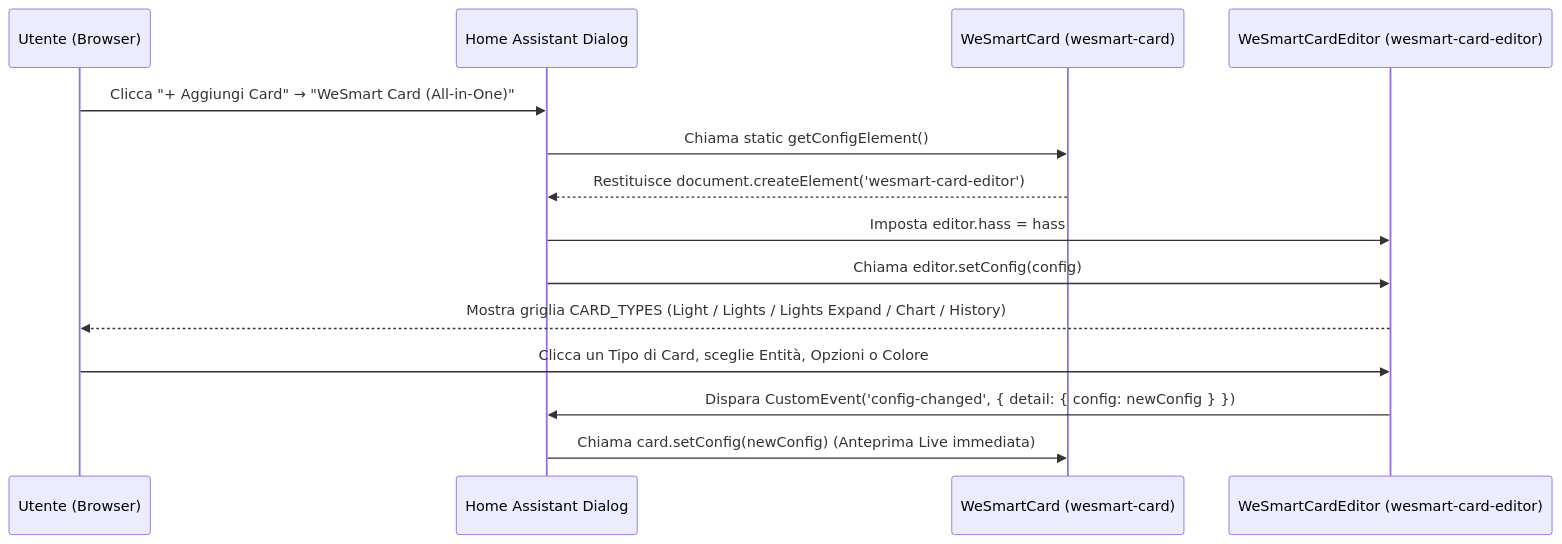
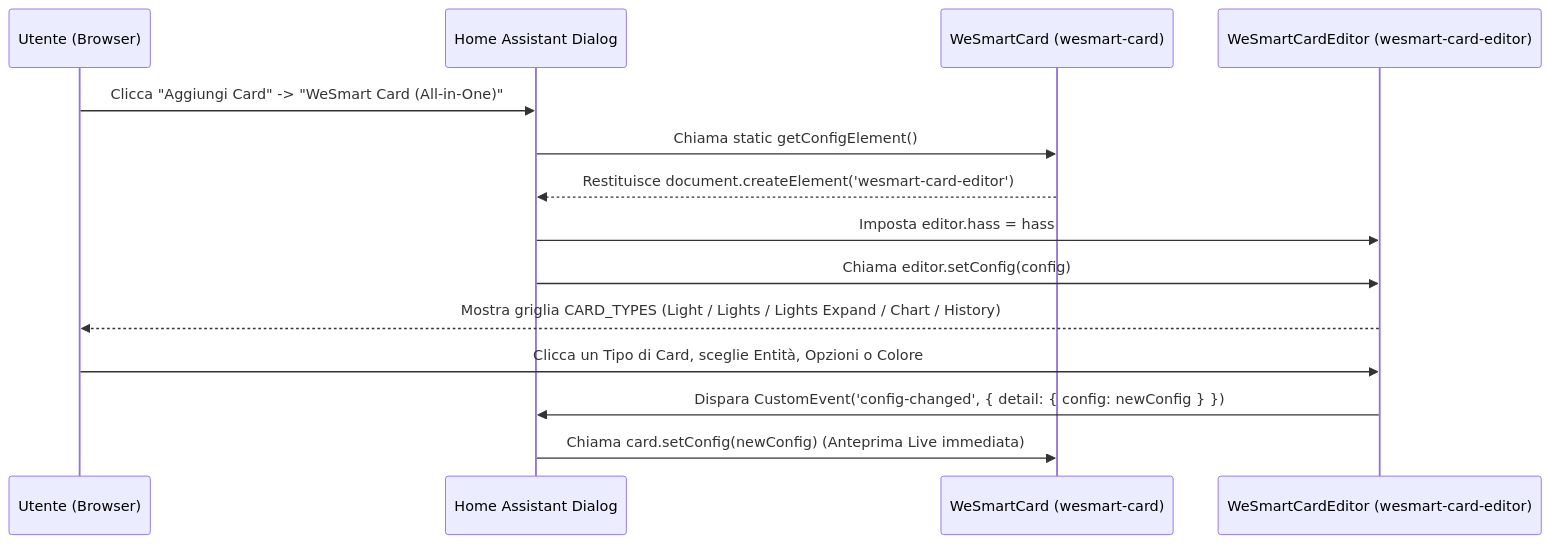
One commit to WeAreSmart-home/wesmart-original-custom-cards changed the diagram in WeSmart-Card/DOCUMENTATION.md. Above: the diagram before and after it, drawn with Mermaid. The commit also changed other lines of this file and 7 other files, not shown here.

````diff
--- a/WeSmart-Card/DOCUMENTATION.md
+++ b/WeSmart-Card/DOCUMENTATION.md
@@ -41,17 +48,17 @@
 ```mermaid
 sequenceDiagram
     participant User as Utente (Browser)
     participant HA as Home Assistant Dialog
     participant Card as WeSmartCard (wesmart-card)
     participant Editor as WeSmartCardEditor (wesmart-card-editor)
 
-    User->>HA: Clicca "+ Aggiungi Card" → "WeSmart Card (All-in-One)"
+    User->>HA: Clicca "Aggiungi Card" -> "WeSmart Card (All-in-One)"
     HA->>Card: Chiama static getConfigElement()
     Card-->>HA: Restituisce document.createElement('wesmart-card-editor')
     HA->>Editor: Imposta editor.hass = hass
     HA->>Editor: Chiama editor.setConfig(config)
     Editor-->>User: Mostra griglia CARD_TYPES (Light / Lights / Lights Expand / Chart / History)
     User->>Editor: Clicca un Tipo di Card, sceglie Entità, Opzioni o Colore
     Editor->>HA: Dispara CustomEvent('config-changed', { detail: { config: newConfig } })
     HA->>Card: Chiama card.setConfig(newConfig) (Anteprima Live immediata)
 ```
````
